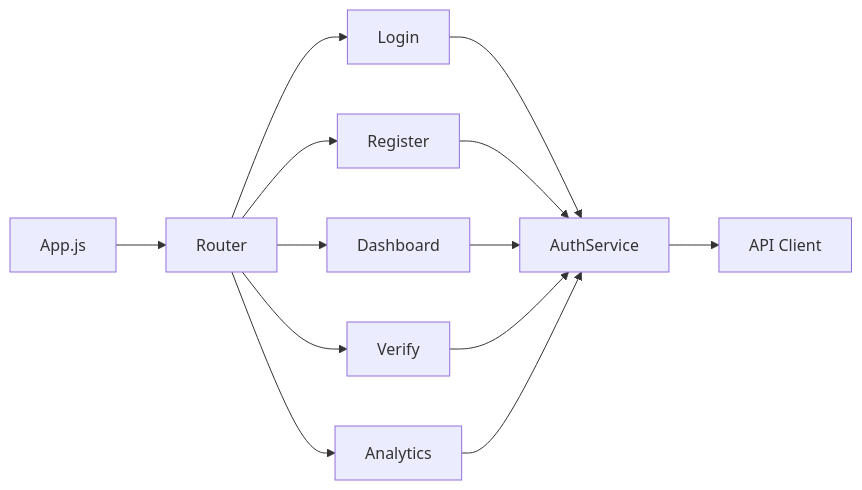
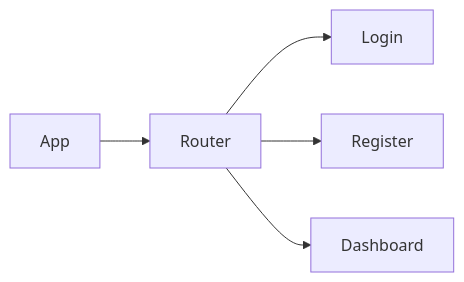
Before and after one commit to BTech20/biometric-auth-system: the second of 15 diagrams in ARCHITECTURE.md, drawn with Mermaid. The commit also changed other lines of this file, not shown here.

First line of the commit message:
Ultra-simplify Mermaid diagrams to basic graph syntax

````diff
--- a/ARCHITECTURE.md
+++ b/ARCHITECTURE.md
@@ -68,15 +57,7 @@
 ```mermaid
-flowchart LR
-    A[App.js] --> B[Router]
+graph LR
+    A[App] --> B[Router]
     B --> C[Login]
-    B --> D[Register]
+    B --> D[Register] 
     B --> E[Dashboard]
-    B --> F[Verify]
-    B --> G[Analytics]
-    C --> H[AuthService]
-    D --> H
-    E --> H
-    F --> H
-    G --> H
-    H --> I[API Client]
 ```
````
